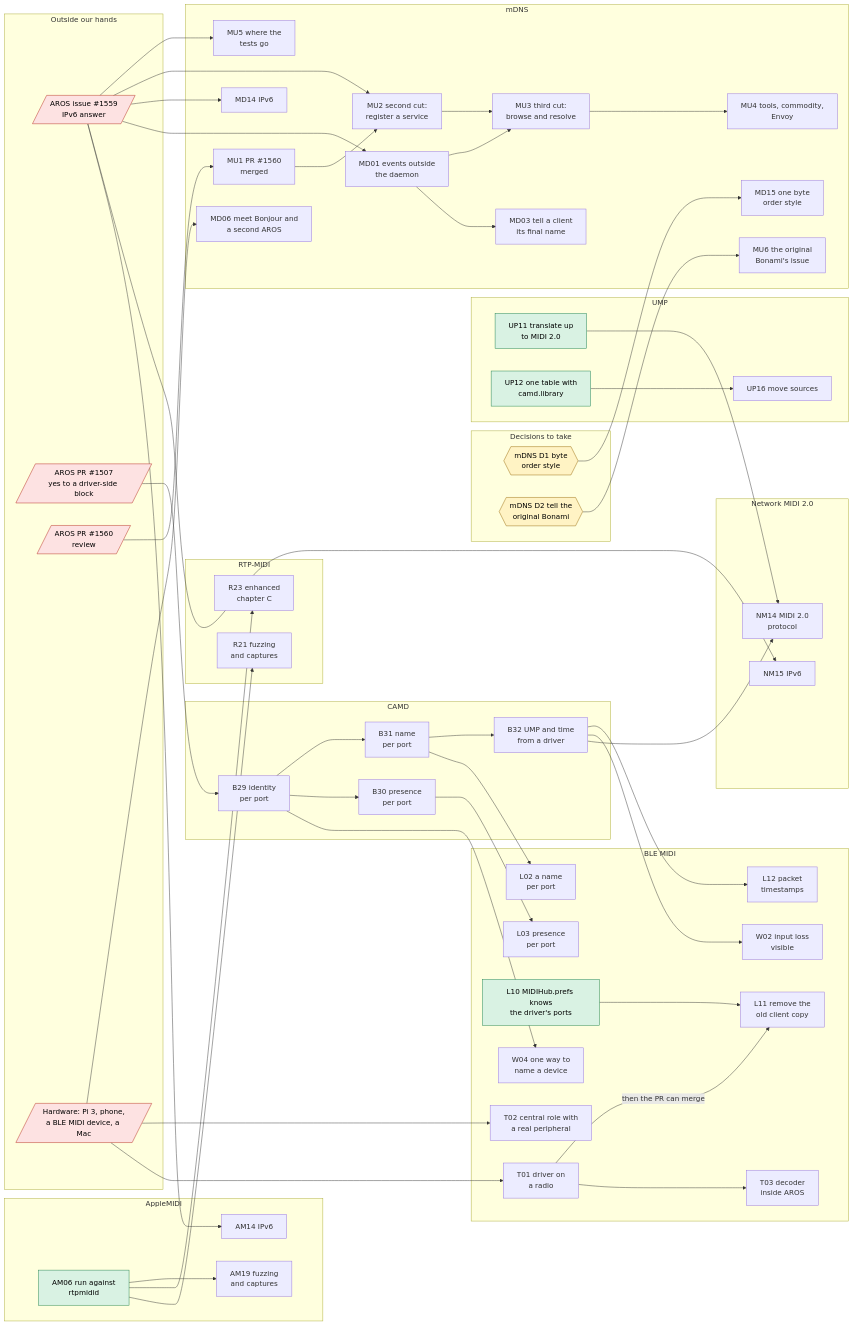
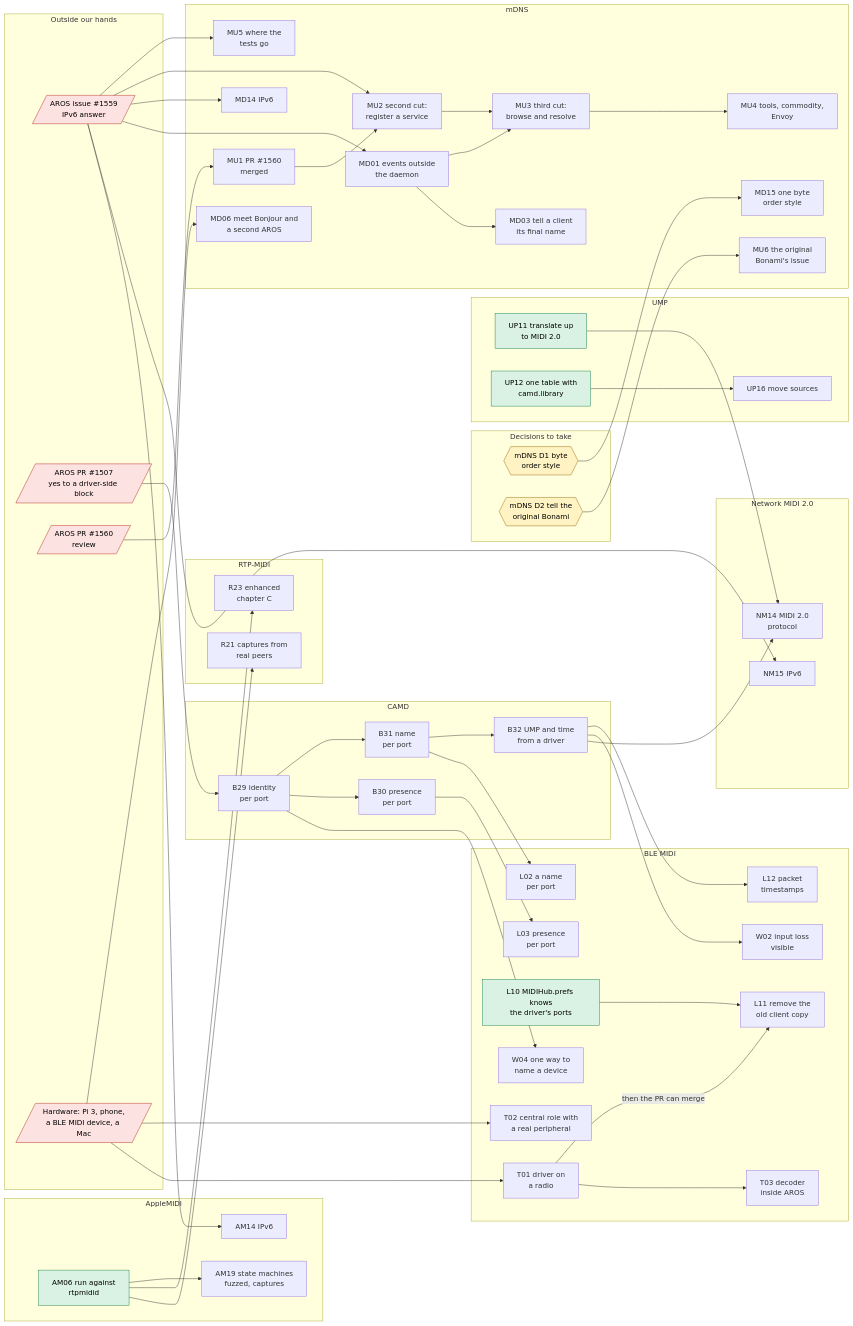
Before and after one commit to JJDSNT/aros-midihub: the diagram in docs/backlog-dependencies.md, drawn with Mermaid. The commit also changed other lines of this file and 6 other files, not shown here.

```diff
--- a/docs/backlog-dependencies.md
+++ b/docs/backlog-dependencies.md
@@ -34,14 +34,14 @@
     end
 
     subgraph RTP[RTP-MIDI]
-        R21["R21 fuzzing<br/>and captures"]
+        R21["R21 captures from<br/>real peers"]
         R23["R23 enhanced<br/>chapter C"]
     end
 
     subgraph AM[AppleMIDI]
         AM06["AM06 run against<br/>rtpmidid"]:::ready
         AM14["AM14 IPv6"]
-        AM19["AM19 fuzzing<br/>and captures"]
+        AM19["AM19 state machines<br/>fuzzed, captures"]
     end
 
     subgraph UMP[UMP]
```
